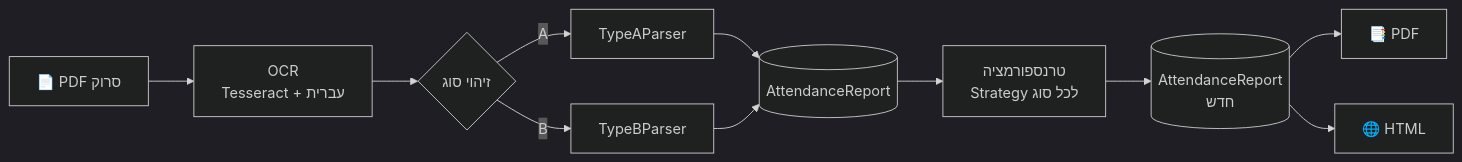
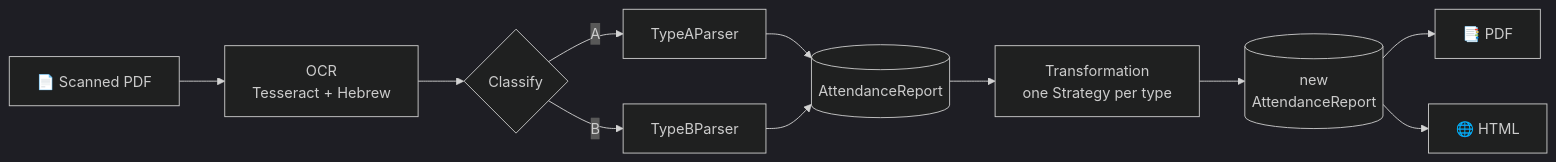
One commit to Miri-Klein/Attendance_Report changed the diagram in README.md. Above: the diagram before and after it, drawn with Mermaid (dark theme). The commit also changed other lines of this file and 3 other files, not shown here.

````diff
--- a/README.md
+++ b/README.md
@@ -54,13 +56,13 @@
 ```mermaid
 flowchart LR
-    A[📄 PDF סרוק] --> B[OCR<br/>Tesseract + עברית]
-    B --> C{זיהוי סוג}
+    A[📄 Scanned PDF] --> B[OCR<br/>Tesseract + Hebrew]
+    B --> C{Classify}
     C -->|A| D1[TypeAParser]
     C -->|B| D2[TypeBParser]
     D1 --> E[(AttendanceReport)]
     D2 --> E
-    E --> F[טרנספורמציה<br/>Strategy לכל סוג]
-    F --> G[(AttendanceReport<br/>חדש)]
+    E --> F[Transformation<br/>one Strategy per type]
+    F --> G[(new<br/>AttendanceReport)]
     G --> H1[📑 PDF]
     G --> H2[🌐 HTML]
 ```
````
